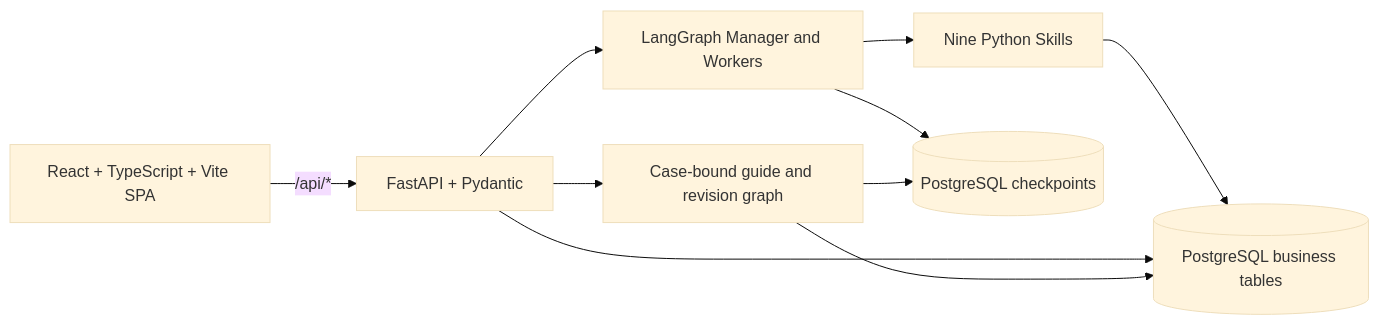
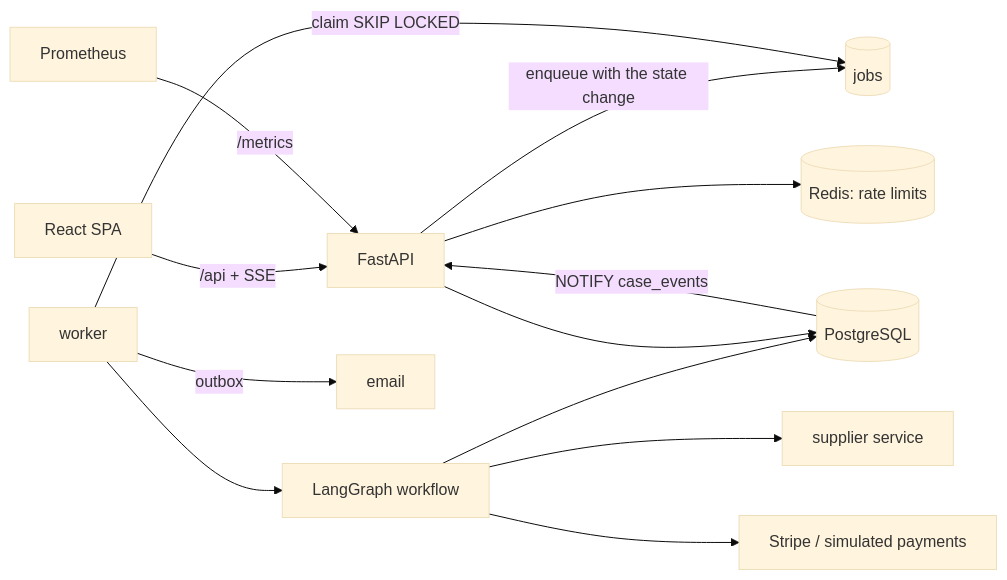
One commit to KYiz/CareTripOps changed the diagram in README.md. Above: the diagram before and after it, drawn with Mermaid (base theme). The commit also changed other lines of this file and 162 other files, not shown here.

````diff
--- a/README.md
+++ b/README.md
@@ -29,12 +52,15 @@
 ```mermaid
 flowchart LR
-  WEB[React + TypeScript + Vite SPA] -->|/api/*| API[FastAPI + Pydantic]
-  API --> GRAPH[LangGraph Manager and Workers]
-  GRAPH --> SKILLS[Nine Python Skills]
-  SKILLS --> DB[(PostgreSQL business tables)]
-  GRAPH --> CP[(PostgreSQL checkpoints)]
+  WEB[React SPA] -->|/api + SSE| API[FastAPI]
+  API -->|enqueue with the state change| JOBS[(jobs)]
+  WORKER[worker] -->|claim SKIP LOCKED| JOBS
+  WORKER --> GRAPH[LangGraph workflow]
+  GRAPH --> SUP[supplier service]
+  GRAPH --> PAY[Stripe / simulated payments]
+  GRAPH --> DB[(PostgreSQL)]
   API --> DB
-  API --> GUIDE[Case-bound guide and revision graph]
-  GUIDE --> DB
-  GUIDE --> CP
+  DB -->|NOTIFY case_events| API
+  WORKER -->|outbox| MAIL[email]
+  API --> REDIS[(Redis: rate limits)]
+  PROM[Prometheus] -->|/metrics| API
 ```
````
